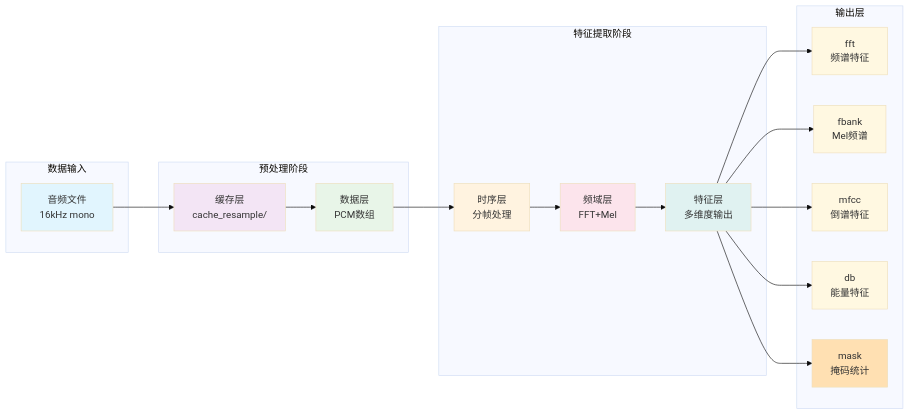
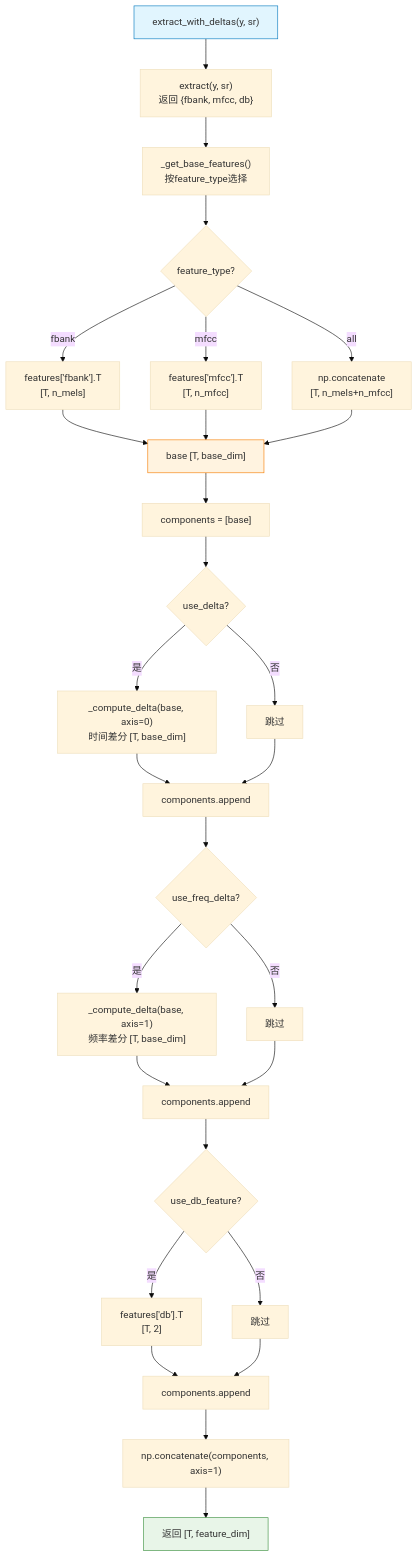
Before and after one commit to pkuCactus/crydet: the third of 3 diagrams in docs/feature_extraction_flow.md, drawn with Mermaid (base theme). The commit also changed other lines of this file and 1 other file, not shown here.

````diff
--- a/docs/feature_extraction_flow.md
+++ b/docs/feature_extraction_flow.md
@@ -186,48 +102,41 @@
 ```mermaid
-graph LR
-    subgraph "数据输入"
-        A["音频文件\n16kHz mono"]
-    end
+flowchart TD
+    A["extract_with_deltas(y, sr)"] --> B["extract(y, sr)\n返回 {fbank, mfcc, db}"]
+    B --> C["_get_base_features()\n按feature_type选择"]
 
-    subgraph "预处理阶段"
-        B["缓存层\ncache_resample/"]
-        C["数据层\nPCM数组"]
-    end
+    C --> D{"feature_type?"}
+    D -->|fbank| E["features['fbank'].T\n[T, n_mels]"]
+    D -->|mfcc| F["features['mfcc'].T\n[T, n_mfcc]"]
+    D -->|all| G["np.concatenate\n[T, n_mels+n_mfcc]"]
 
-    subgraph "特征提取阶段"
-        D["时序层\n分帧处理"]
-        E["频域层\nFFT+Mel"]
-        F["特征层\n多维度输出"]
-    end
+    E --> H["base [T, base_dim]"]
+    F --> H
+    G --> H
 
-    subgraph "输出层"
-        G["fft\n频谱特征"]
-        H["fbank\nMel频谱"]
-        I["mfcc\n倒谱特征"]
-        J["db\n能量特征"]
-        K["mask\n掩码统计"]
-    end
+    H --> I["components = [base]"]
 
-    A --> B
-    B --> C
-    C --> D
-    D --> E
-    E --> F
-    F --> G
-    F --> H
-    F --> I
-    F --> J
-    F --> K
+    I --> J{use_delta?}
+    J -->|是| K["_compute_delta(base, axis=0)\n时间差分 [T, base_dim]"]
+    J -->|否| L["跳过"]
+    K --> M["components.append"]
+    L --> M
 
-    style A fill:#e1f5fe
-    style B fill:#f3e5f5
-    style C fill:#e8f5e8
-    style D fill:#fff3e0
-    style E fill:#fce4ec
-    style F fill:#e0f2f1
-    style G fill:#fff8e1
-    style H fill:#fff8e1
-    style I fill:#fff8e1
-    style J fill:#fff8e1
-    style K fill:#ffe0b2
+    M --> N{use_freq_delta?}
+    N -->|是| O["_compute_delta(base, axis=1)\n频率差分 [T, base_dim]"]
+    N -->|否| P["跳过"]
+    O --> Q["components.append"]
+    P --> Q
+
+    Q --> R{use_db_feature?}
+    R -->|是| S["features['db'].T\n[T, 2]"]
+    R -->|否| T["跳过"]
+    S --> U["components.append"]
+    T --> U
+
+    U --> V["np.concatenate(components, axis=1)"]
+    V --> W["返回 [T, feature_dim]"]
+
+    style A fill:#e1f5fe,stroke:#0277bd
+    style H fill:#fff3e0,stroke:#f57c00
+    style W fill:#e8f5e8,stroke:#388e3c
 ```
````
